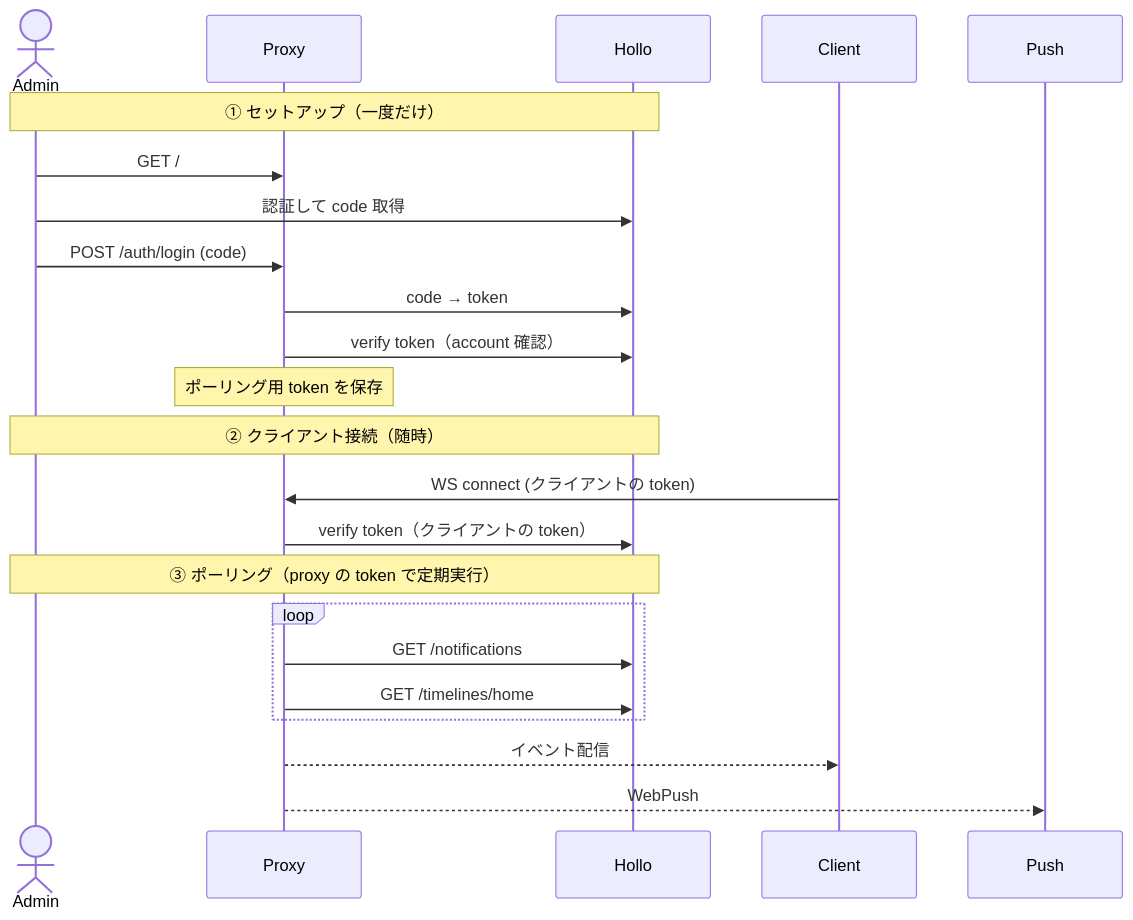
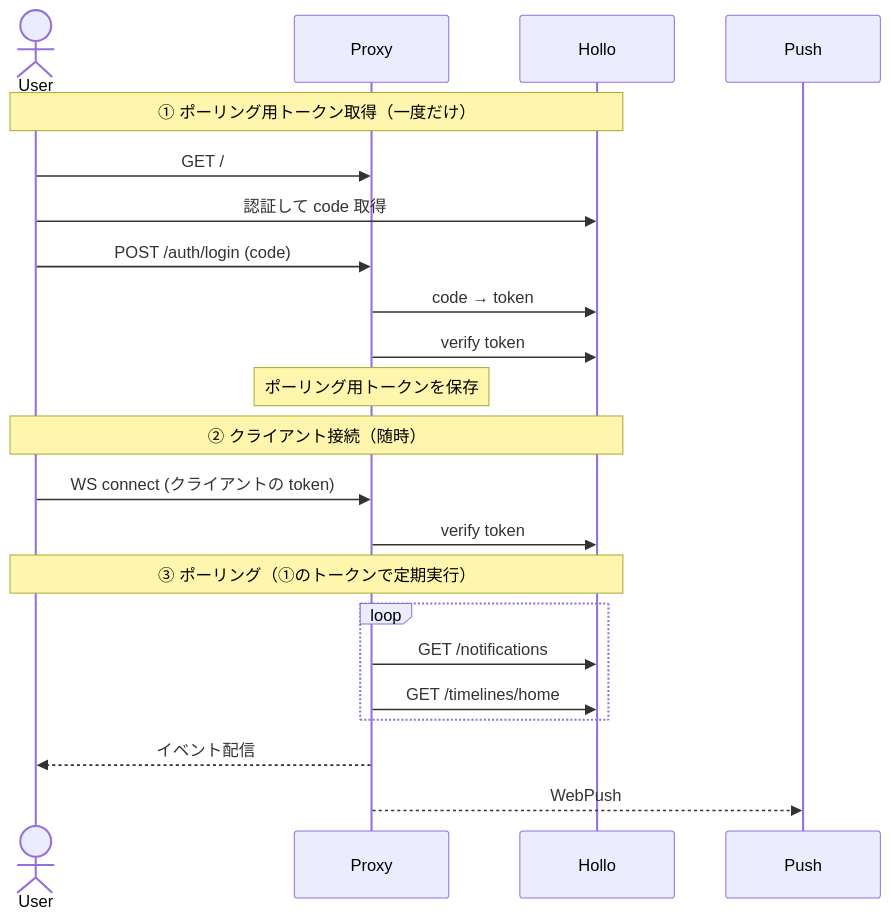
The diagram in README.md (ntsklab/hollo-stream-proxy), drawn with Mermaid before and after one commit. The commit also changed other lines of this file, not shown here.

Commit message:
Fix terminology: consistent 'ポーリング用トークン', Admin→User

````diff
--- a/README.md
+++ b/README.md
@@ -121,26 +121,26 @@
 ```mermaid
 sequenceDiagram
-    actor Admin
+    actor User
     participant Proxy
     participant Hollo
 
-    Note over Admin,Hollo: ① セットアップ（一度だけ）
-    Admin->>Proxy: GET /
-    Admin->>Hollo: 認証して code 取得
-    Admin->>Proxy: POST /auth/login (code)
+    Note over User,Hollo: ① ポーリング用トークン取得（一度だけ）
+    User->>Proxy: GET /
+    User->>Hollo: 認証して code 取得
+    User->>Proxy: POST /auth/login (code)
     Proxy->>Hollo: code → token
-    Proxy->>Hollo: verify token（account 確認）
-    Note over Proxy: ポーリング用 token を保存
+    Proxy->>Hollo: verify token
+    Note over Proxy: ポーリング用トークンを保存
 
-    Note over Admin,Hollo: ② クライアント接続（随時）
-    Client->>Proxy: WS connect (クライアントの token)
-    Proxy->>Hollo: verify token（クライアントの token）
+    Note over User,Hollo: ② クライアント接続（随時）
+    User->>Proxy: WS connect (クライアントの token)
+    Proxy->>Hollo: verify token
 
-    Note over Admin,Hollo: ③ ポーリング（proxy の token で定期実行）
+    Note over User,Hollo: ③ ポーリング（①のトークンで定期実行）
     loop
         Proxy->>Hollo: GET /notifications
         Proxy->>Hollo: GET /timelines/home
     end
-    Proxy-->>Client: イベント配信
+    Proxy-->>User: イベント配信
     Proxy-->>Push: WebPush
 ```
````
